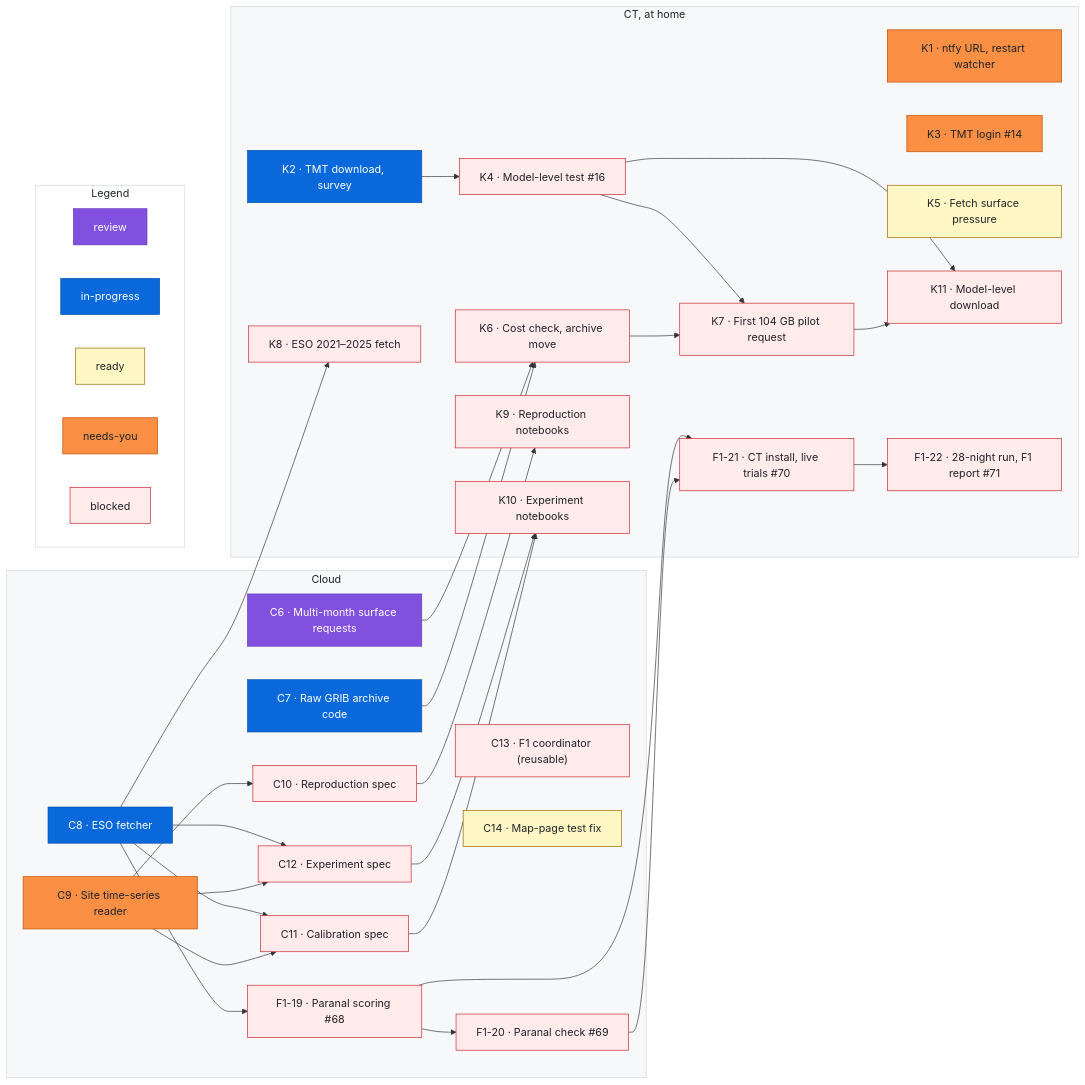
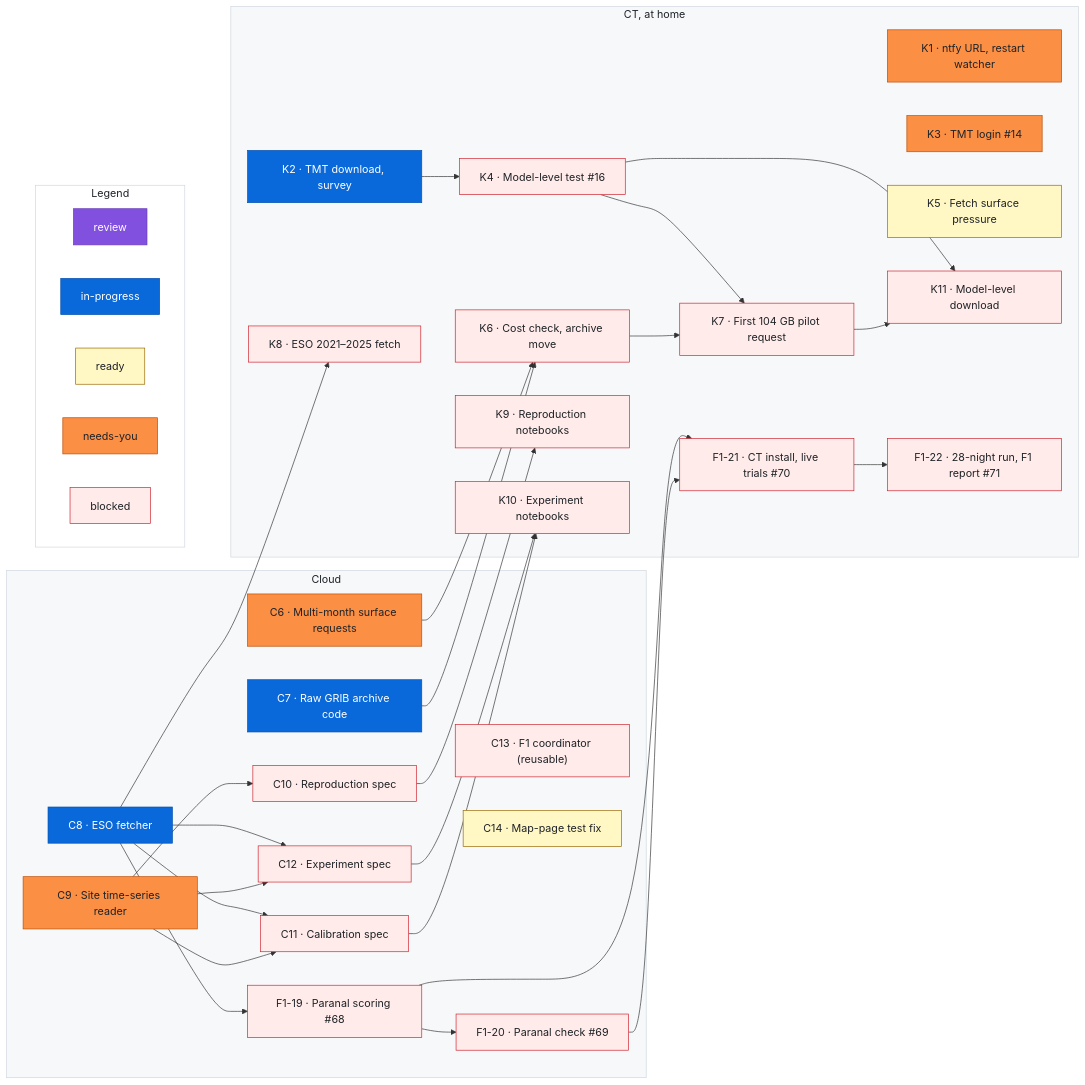
Before and after one commit to rrweller/Astro-seeing: the diagram in docs/roadmap.md, drawn with Mermaid. The commit also changed other lines of this file, not shown here.

Commit message:
roadmap: C6 review → needs-you
Claude-Session: https://claude.ai/code/session_01ECS9rZyiejVwPy6742WC3N

```diff
--- a/docs/roadmap.md
+++ b/docs/roadmap.md
@@ -136,7 +136,7 @@
   classDef needsyou fill:#fb8f44,stroke:#bc4c00,color:#1f2328
   classDef blocked fill:#ffebe9,stroke:#cf222e,color:#1f2328
   %% Status lines: one per item, each followed by a `%% ---` spacer. Sessions change only the last word.
-  class C6 review
+  class C6 needsyou
   %% ---
   class C7 inprogress
   %% ---
```
